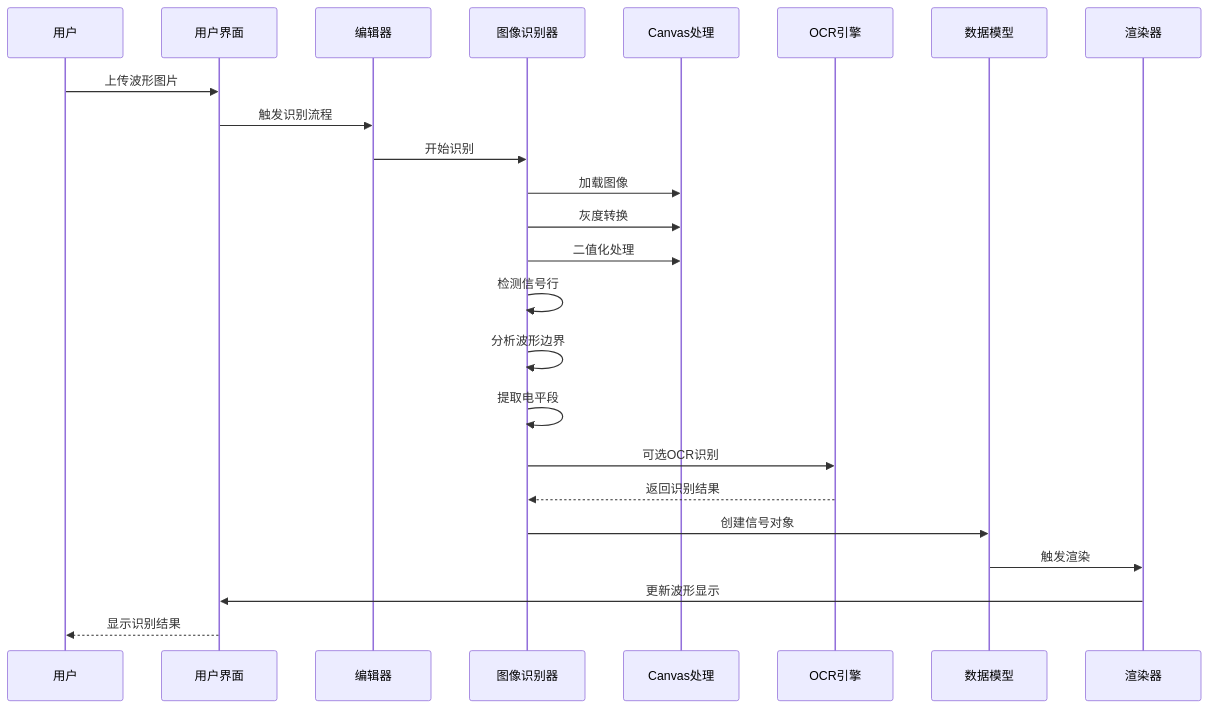
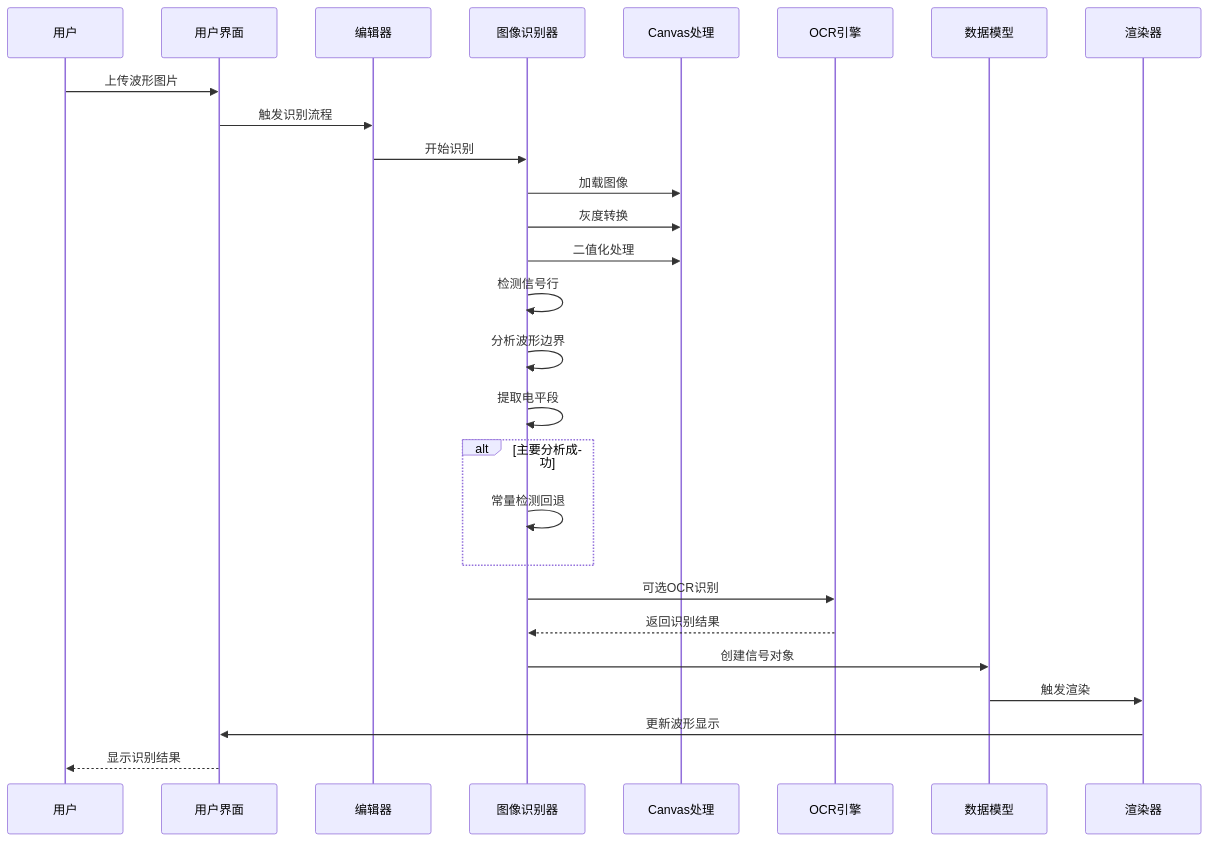
Before and after one commit to nht123456/waveform-editor: the second of 6 diagrams in .qoder/repowiki/zh/content/输入输出与存储/图像识别系统.md, drawn with Mermaid. The commit also changed other lines of this file and 5 other files, not shown here.

````diff
--- a/.qoder/repowiki/zh/content/输入输出与存储/图像识别系统.md
+++ b/.qoder/repowiki/zh/content/输入输出与存储/图像识别系统.md
@@ -188,26 +197,29 @@
 ```mermaid
 sequenceDiagram
 participant User as 用户
 participant UI as 用户界面
 participant Editor as 编辑器
 participant Recognizer as 图像识别器
 participant Canvas as Canvas处理
 participant OCR as OCR引擎
 participant Model as 数据模型
 participant Renderer as 渲染器
 User->>UI : 上传波形图片
 UI->>Editor : 触发识别流程
 Editor->>Recognizer : 开始识别
 Recognizer->>Canvas : 加载图像
 Recognizer->>Canvas : 灰度转换
 Recognizer->>Canvas : 二值化处理
 Recognizer->>Recognizer : 检测信号行
 Recognizer->>Recognizer : 分析波形边界
 Recognizer->>Recognizer : 提取电平段
+alt 主要分析成功
+Recognizer->>Recognizer : 常量检测回退
+end
 Recognizer->>OCR : 可选OCR识别
 OCR-->>Recognizer : 返回识别结果
 Recognizer->>Model : 创建信号对象
 Model->>Renderer : 触发渲染
 Renderer->>UI : 更新波形显示
 UI-->>User : 显示识别结果
 ```
````
